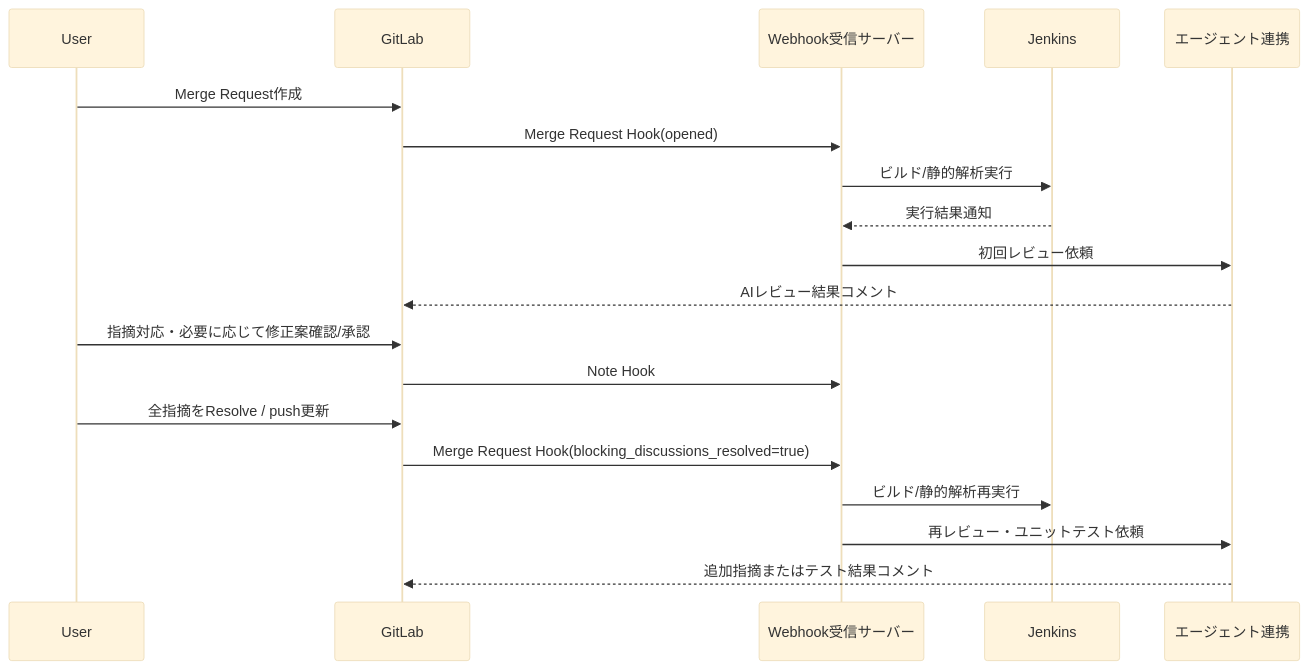
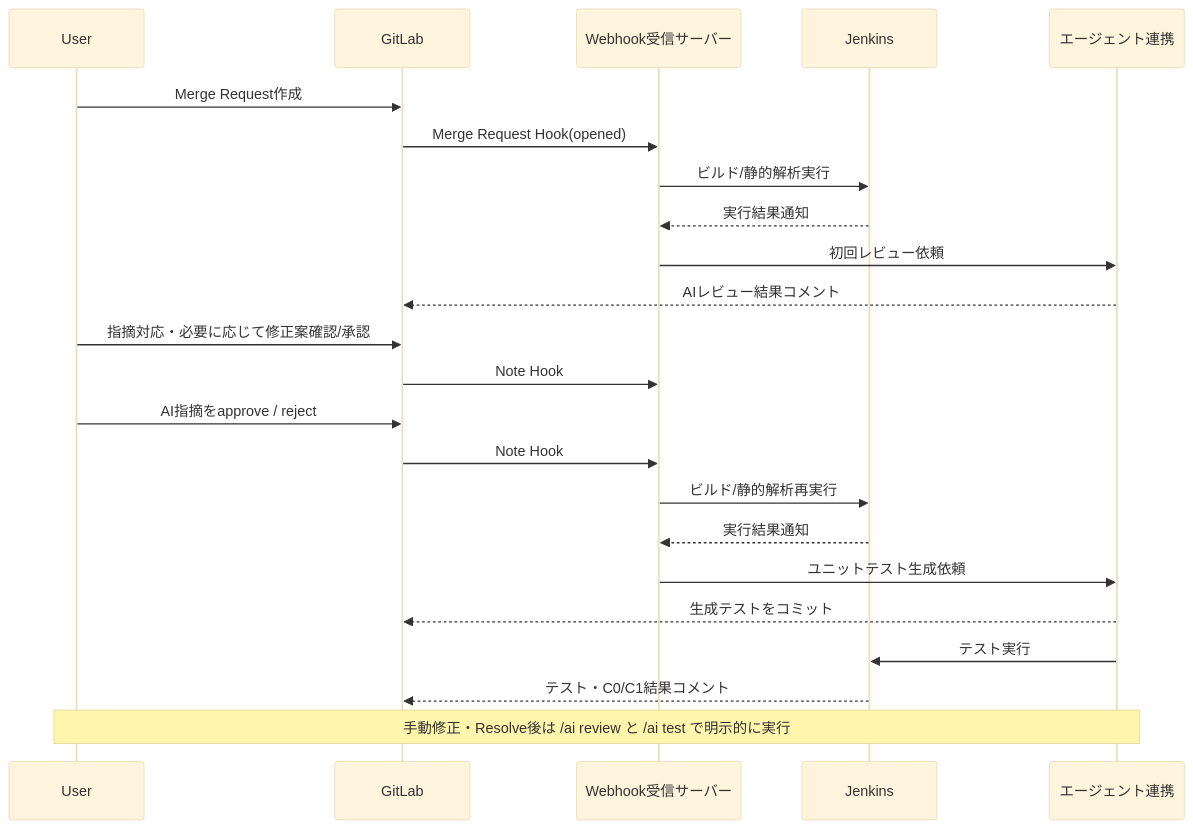
The diagram in Doc/シーケンス図/全体フロー.md (yugoueda/AI_Jenkins), drawn with Mermaid (base theme) before and after one commit. The commit also changed 6 other files, not shown here.

````diff
--- a/Doc/シーケンス図/全体フロー.md
+++ b/Doc/シーケンス図/全体フロー.md
@@ -5,24 +5,29 @@
 ```mermaid
 sequenceDiagram
     participant User
     participant GitLab
     participant Webhook as Webhook受信サーバー
     participant Jenkins
     participant Agent as エージェント連携
 
     User->>GitLab: Merge Request作成
     GitLab->>Webhook: Merge Request Hook(opened)
     Webhook->>Jenkins: ビルド/静的解析実行
     Jenkins-->>Webhook: 実行結果通知
     Webhook->>Agent: 初回レビュー依頼
     Agent-->>GitLab: AIレビュー結果コメント
 
     User->>GitLab: 指摘対応・必要に応じて修正案確認/承認
     GitLab->>Webhook: Note Hook
 
-    User->>GitLab: 全指摘をResolve / push更新
-    GitLab->>Webhook: Merge Request Hook(blocking_discussions_resolved=true)
+    User->>GitLab: AI指摘をapprove / reject
+    GitLab->>Webhook: Note Hook
     Webhook->>Jenkins: ビルド/静的解析再実行
-    Webhook->>Agent: 再レビュー・ユニットテスト依頼
-    Agent-->>GitLab: 追加指摘またはテスト結果コメント
+    Jenkins-->>Webhook: 実行結果通知
+    Webhook->>Agent: ユニットテスト生成依頼
+    Agent-->>GitLab: 生成テストをコミット
+    Agent->>Jenkins: テスト実行
+    Jenkins-->>GitLab: テスト・C0/C1結果コメント
+
+    Note over User,Agent: 手動修正・Resolve後は /ai review と /ai test で明示的に実行
 ```
````
